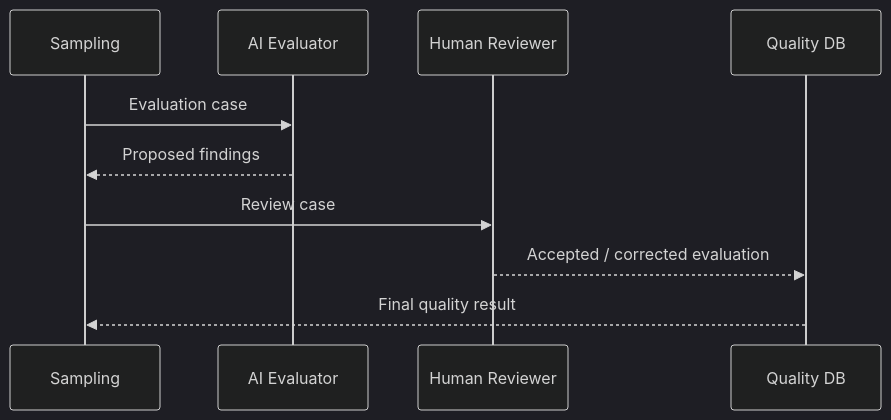
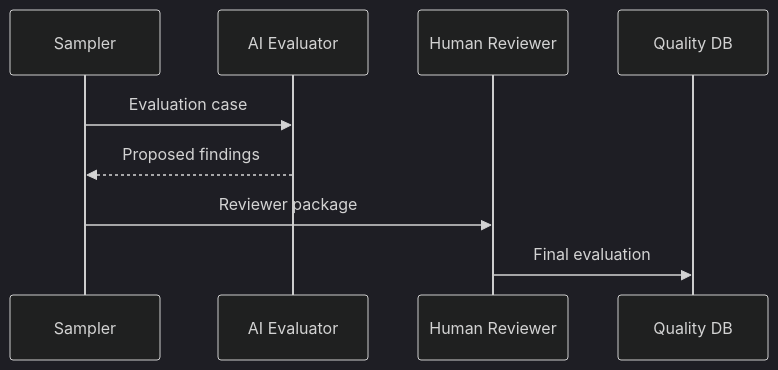
The fourth of 4 diagrams in docs/domain/quality.md (D-engahmed/OMILINKS), drawn with Mermaid (dark theme) before and after one commit. The commit also changed other lines of this file and 1 other file, not shown here.

Commit message:
docs: deepen quality and billing implementation specifications

```diff
--- a/docs/domain/quality.md
+++ b/docs/domain/quality.md
@@ -163,12 +163,11 @@
 ~~~mermaid
 sequenceDiagram
-participant Q as Sampling
+participant S as Sampler
 participant AI as AI Evaluator
 participant H as Human Reviewer
 participant DB as Quality DB
-Q->>AI: Evaluation case
-AI-->>Q: Proposed findings
-Q->>H: Review case
-H-->>DB: Accepted / corrected evaluation
-DB-->>Q: Final quality result
+S->>AI: Evaluation case
+AI-->>S: Proposed findings
+S->>H: Reviewer package
+H->>DB: Final evaluation
 ~~~
```
